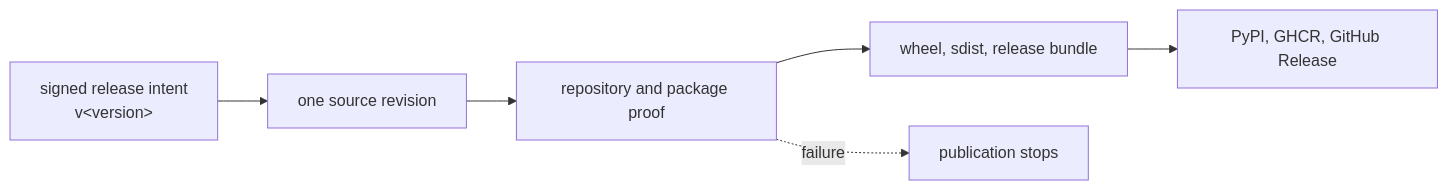
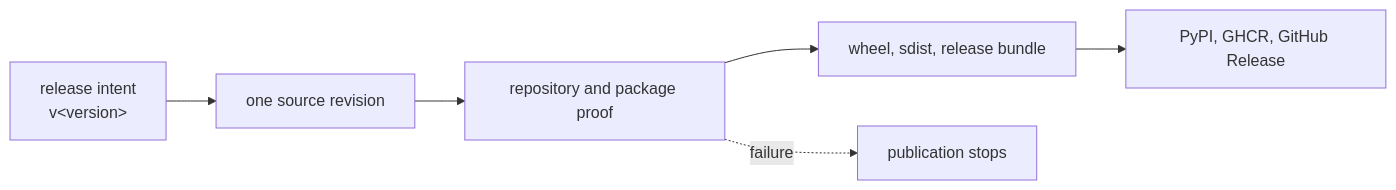
Before and after one commit to bijux/bijux-proteomics: the diagram in docs/01-bijux-proteomics/operations/release-and-versioning.md, drawn with Mermaid. The commit also changed other lines of this file and 2 other files, not shown here.

Commit message:
docs(release): bind publication to consequence evidence

````diff
--- a/docs/01-bijux-proteomics/operations/release-and-versioning.md
+++ b/docs/01-bijux-proteomics/operations/release-and-versioning.md
@@ -25,11 +25,11 @@
 ```mermaid
 flowchart LR
-    tag["signed release intent<br/>v&lt;version&gt;"]
+    tag["release intent<br/>v&lt;version&gt;"]
     source["one source revision"]
     proof["repository and package proof"]
     artifacts["wheel, sdist, release bundle"]
     channels["PyPI, GHCR, GitHub Release"]
 
     tag --> source --> proof --> artifacts --> channels
     proof -. failure .-> stop["publication stops"]
 ```
````
